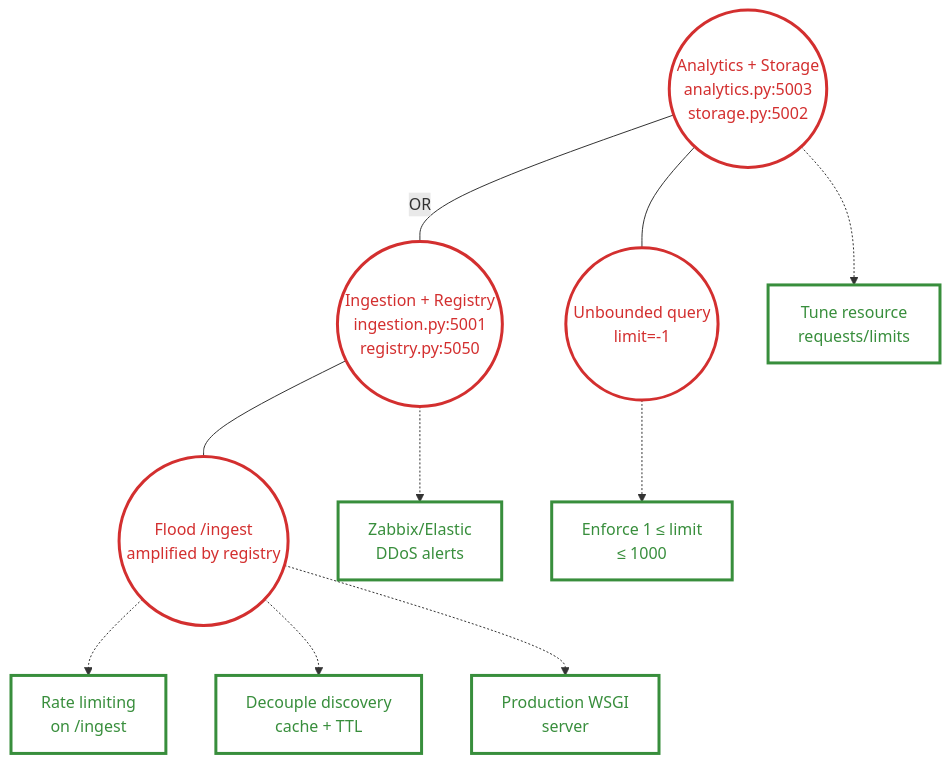
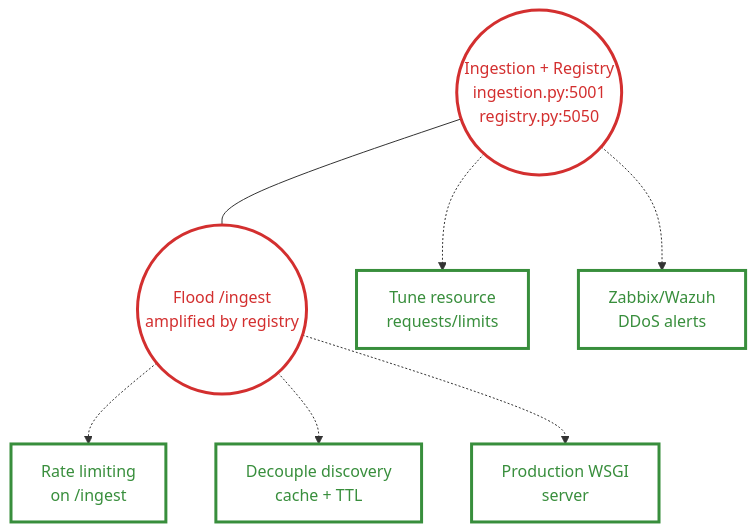
The second of 3 diagrams in adtrees-ssle-projeto1.md (lucaveiro/SSLE-Project-1), drawn with Mermaid before and after one commit. The commit also changed other lines of this file and 2 other files, not shown here.

Commit message:
Refine DDoS threat model and report
Consolidates the DDoS analysis around the ingestion flood vector, updates the ADTree and image, and clarifies active-response limitations, evidence, and mitigation status across the security report.

````diff
--- a/adtrees-ssle-projeto1.md
+++ b/adtrees-ssle-projeto1.md
@@ -45,38 +45,28 @@
 ```mermaid
 graph TD
-    B1((Analytics + Storage<br/>analytics.py:5003<br/>storage.py:5002))
     B2((Ingestion + Registry<br/>ingestion.py:5001<br/>registry.py:5050))
 
-    B1 ---|OR| B2
-
-    B1b((Unbounded query<br/>limit=-1))
     B2b((Flood /ingest<br/>amplified by registry))
 
-    B1 --- B1b
     B2 --- B2b
 
-    E1[Enforce 1 ≤ limit<br/>≤ 1000]
     E2[Rate limiting<br/>on /ingest]
     E3[Decouple discovery<br/>cache + TTL]
     E4[Production WSGI<br/>server]
     E5[Tune resource<br/>requests/limits]
-    E6[Zabbix/Elastic<br/>DDoS alerts]
+    E6[Zabbix/Wazuh<br/>DDoS alerts]
 
-    B1b -.-> E1
     B2b -.-> E2
     B2b -.-> E3
     B2b -.-> E4
-    B1 -.-> E5
+    B2 -.-> E5
     B2 -.-> E6
 
-    style B1 fill:#fff,stroke:#d32f2f,stroke-width:3px,color:#d32f2f
     style B2 fill:#fff,stroke:#d32f2f,stroke-width:3px,color:#d32f2f
-    style B1b fill:#fff,stroke:#d32f2f,stroke-width:3px,color:#d32f2f
     style B2b fill:#fff,stroke:#d32f2f,stroke-width:3px,color:#d32f2f
-    style E1 fill:#fff,stroke:#388e3c,stroke-width:3px,color:#388e3c
     style E2 fill:#fff,stroke:#388e3c,stroke-width:3px,color:#388e3c
     style E3 fill:#fff,stroke:#388e3c,stroke-width:3px,color:#388e3c
     style E4 fill:#fff,stroke:#388e3c,stroke-width:3px,color:#388e3c
     style E5 fill:#fff,stroke:#388e3c,stroke-width:3px,color:#388e3c
     style E6 fill:#fff,stroke:#388e3c,stroke-width:3px,color:#388e3c
 ```
````
